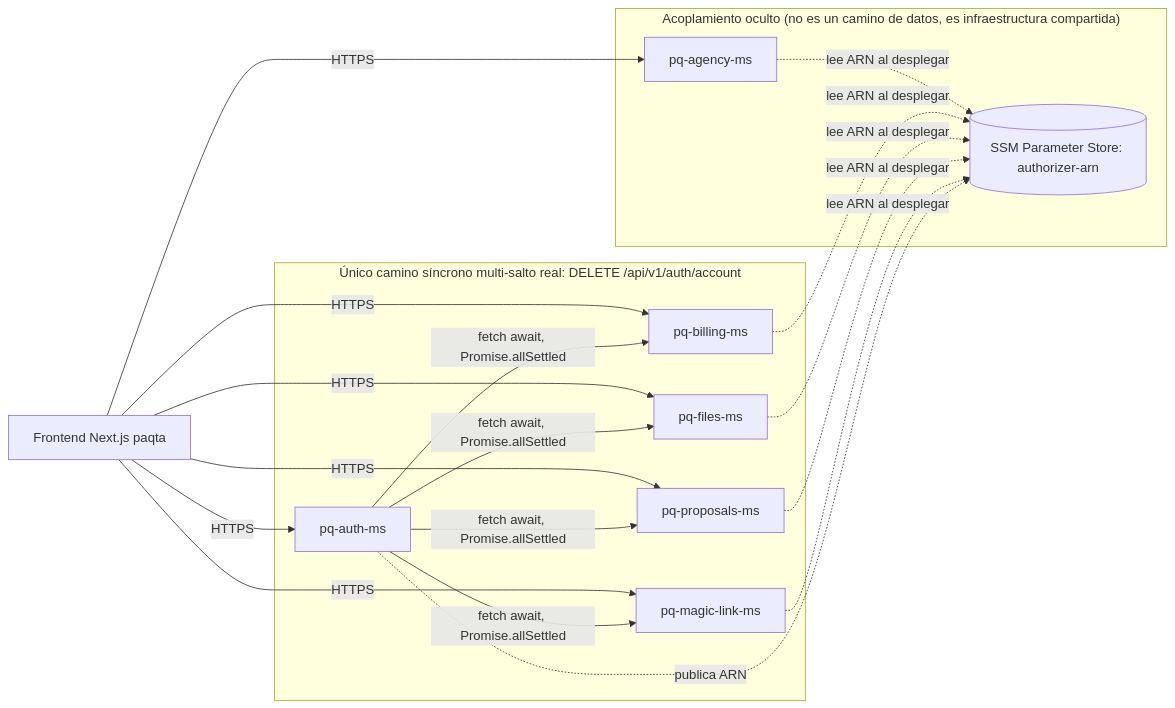
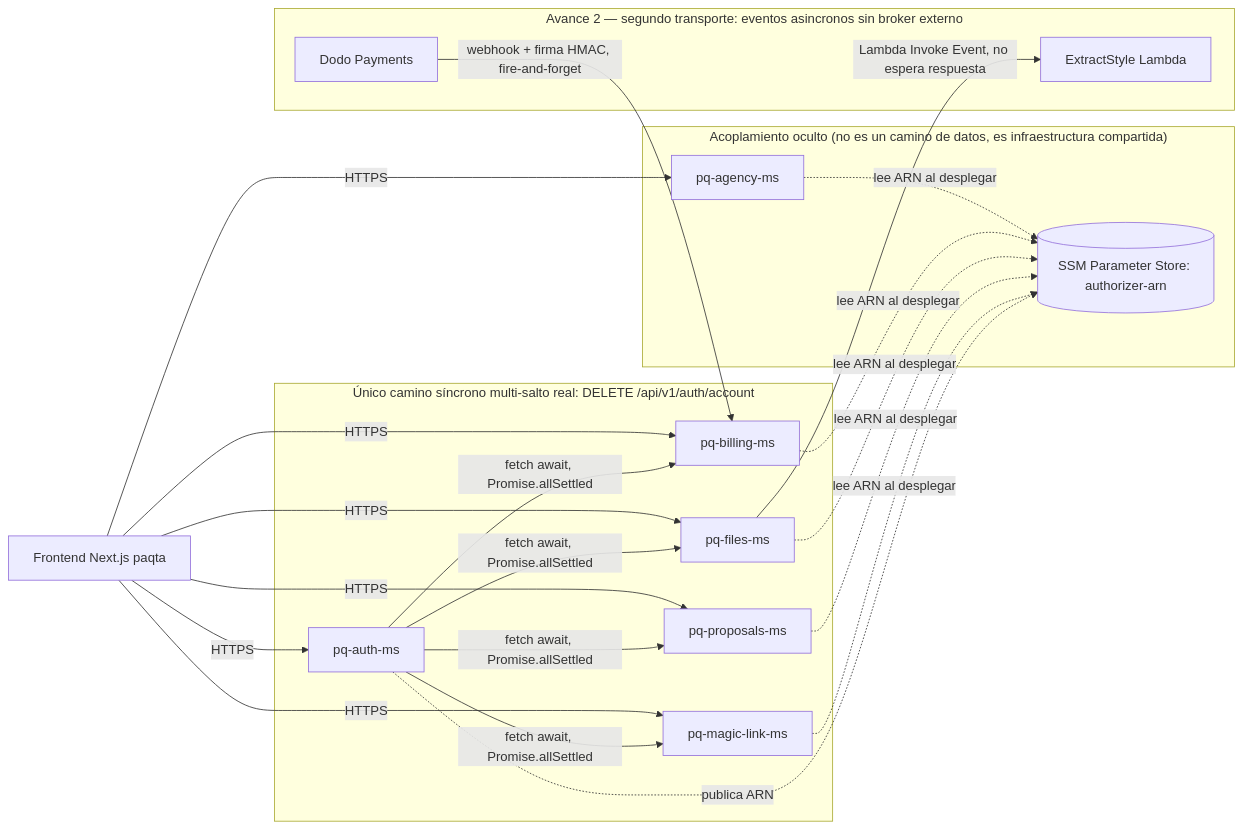
One commit to vieerr/paqta-app changed the diagram in README.md. Above: the diagram before and after it, drawn with Mermaid. The commit also changed other lines of this file and 3 other files, not shown here.

Commit message:
docs(readme): documentar Avance 2 con equivalentes reales (webhook Dodo + Lambda Event async, sin gRPC por decisión arquitectónica)

````diff
--- a/README.md
+++ b/README.md
@@ -62,26 +62,31 @@
 ```mermaid
 flowchart LR
     FE[Frontend Next.js paqta] -->|HTTPS| AUTH[pq-auth-ms]
     FE -->|HTTPS| AGENCY[pq-agency-ms]
     FE -->|HTTPS| BILLING[pq-billing-ms]
     FE -->|HTTPS| FILES[pq-files-ms]
     FE -->|HTTPS| PROP[pq-proposals-ms]
     FE -->|HTTPS| MAGIC[pq-magic-link-ms]
 
     subgraph "Único camino síncrono multi-salto real: DELETE /api/v1/auth/account"
         AUTH -->|fetch await, Promise.allSettled| BILLING
         AUTH -->|fetch await, Promise.allSettled| PROP
         AUTH -->|fetch await, Promise.allSettled| FILES
         AUTH -->|fetch await, Promise.allSettled| MAGIC
     end
 
     subgraph "Acoplamiento oculto (no es un camino de datos, es infraestructura compartida)"
         SSM[("SSM Parameter Store: authorizer-arn")]
         AGENCY -.->|lee ARN al desplegar| SSM
         BILLING -.->|lee ARN al desplegar| SSM
         FILES -.->|lee ARN al desplegar| SSM
         PROP -.->|lee ARN al desplegar| SSM
         MAGIC -.->|lee ARN al desplegar| SSM
         AUTH -.->|publica ARN| SSM
     end
+
+    subgraph "Avance 2 — segundo transporte: eventos asincronos sin broker externo"
+        DODO[Dodo Payments] -->|"webhook + firma HMAC, fire-and-forget"| BILLING
+        FILES -->|"Lambda Invoke Event, no espera respuesta"| EXTRACT[ExtractStyle Lambda]
+    end
 ```
````
